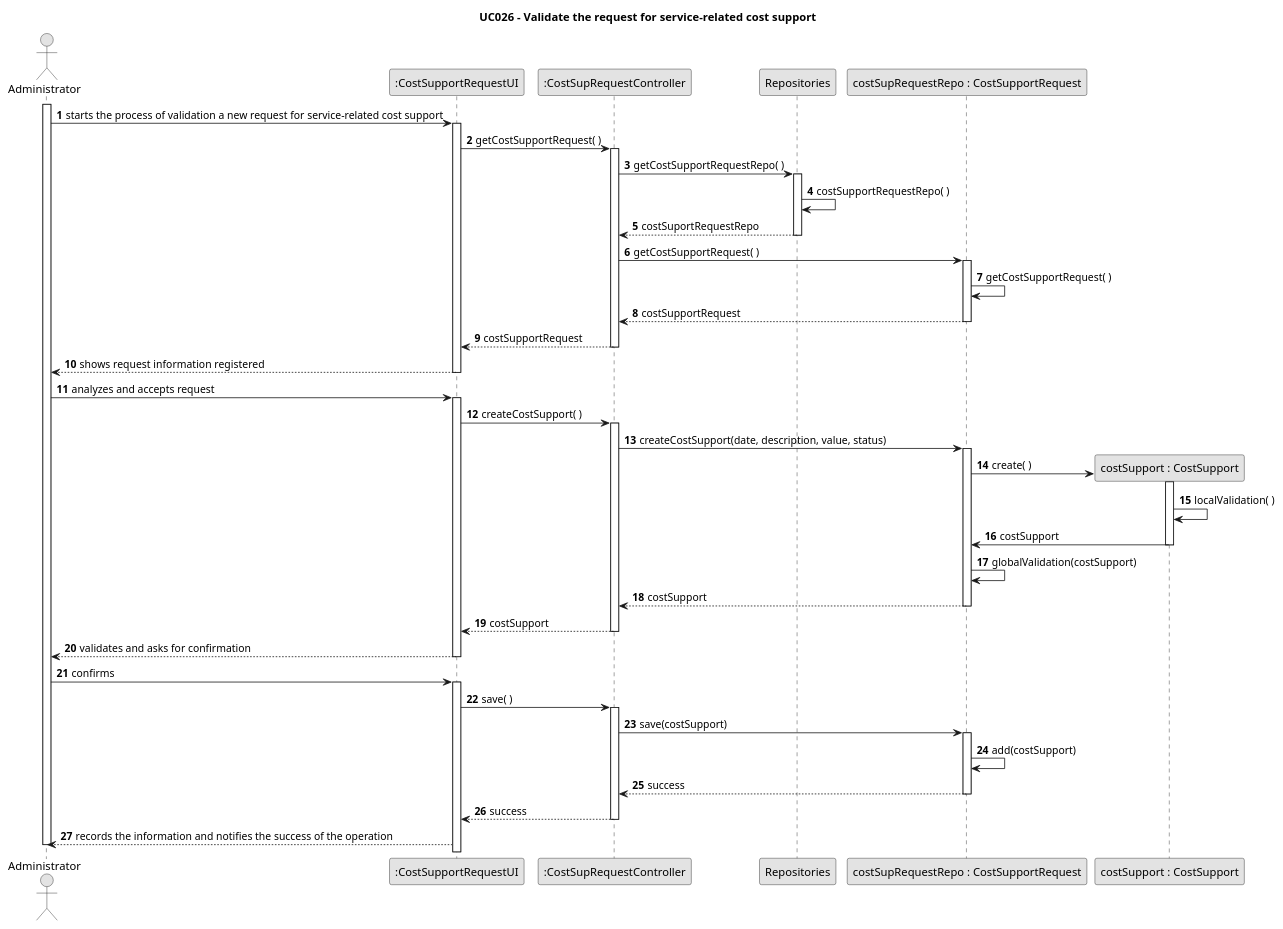
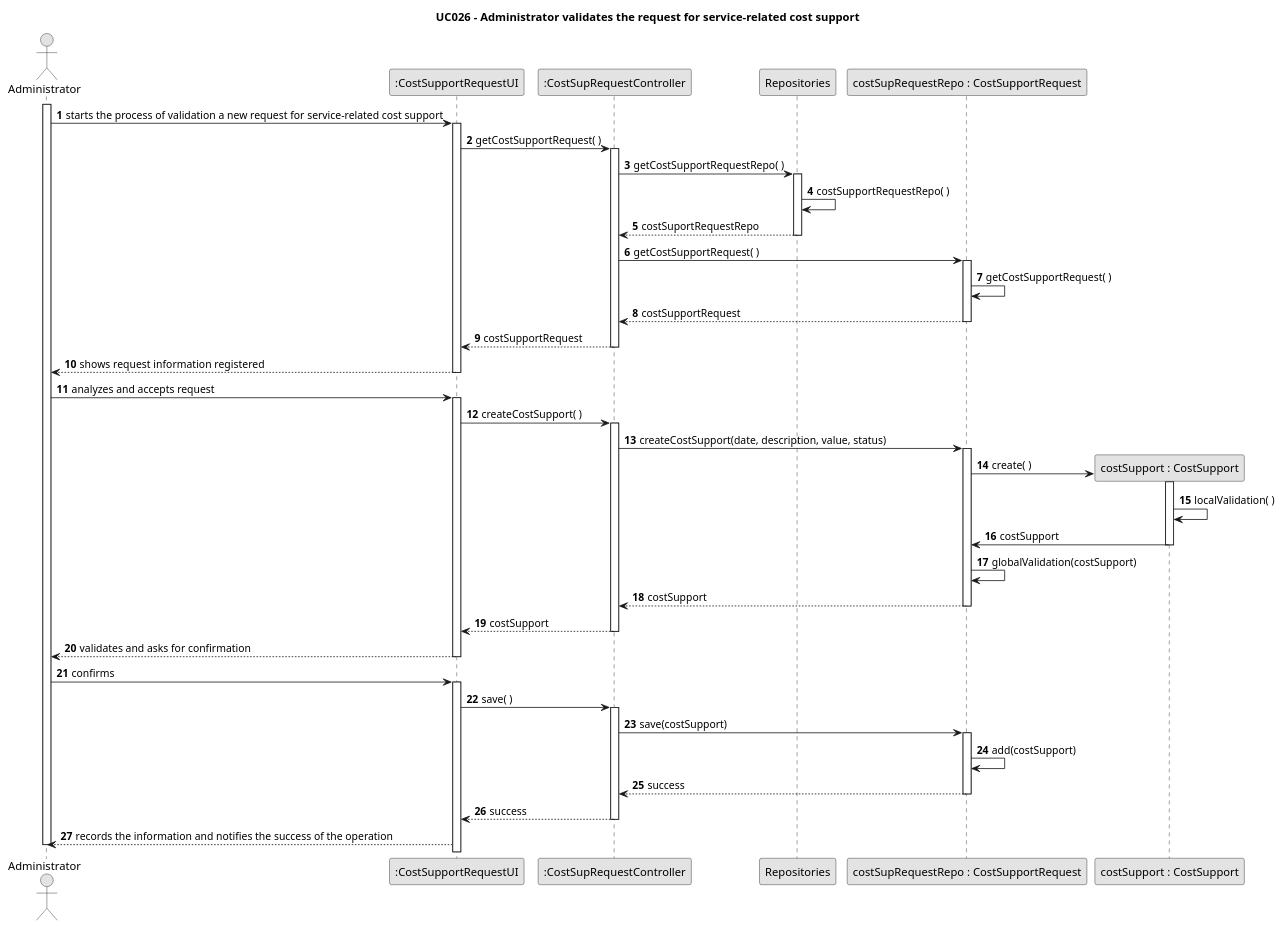
Before and after one commit to tbarracha/Upskill-Sprint-2-Gladly-Given: the diagram in javaSprint2GladlyGiven/Docs/UseCases/uc026/design/uc026-DesignDiagram.puml, drawn with PlantUML. The commit also changed 30 other files, not shown here.

```diff
--- a/javaSprint2GladlyGiven/Docs/UseCases/uc026/design/uc026-DesignDiagram.puml
+++ b/javaSprint2GladlyGiven/Docs/UseCases/uc026/design/uc026-DesignDiagram.puml
@@ -1,68 +1,68 @@
 @startuml
 skinparam monochrome true
 skinparam packageStyle rectangle
 skinparam shadowing false
 
-title UC026 - Validate the request for service-related cost support
+title UC026 - Administrator validates the request for service-related cost support
 
 autonumber
 
 actor Administrator as admin
 participant ":CostSupportRequestUI" as ui
 participant ":CostSupRequestController" as ctrl
 participant Repositories as repo
 participant "costSupRequestRepo : CostSupportRequest" as costRepo
 participant "costSupport : CostSupport" as costSupport
 
 activate admin
     admin -> ui : starts the process of validation a new request for service-related cost support
     activate ui
         ui -> ctrl : getCostSupportRequest( )
         activate ctrl
             ctrl -> repo : getCostSupportRequestRepo( )
             activate repo
                 repo -> repo : costSupportRequestRepo( )
                 repo --> ctrl : costSuportRequestRepo
             deactivate repo
             ctrl -> costRepo : getCostSupportRequest( )
             activate costRepo
                 costRepo -> costRepo : getCostSupportRequest( )
                 costRepo --> ctrl : costSupportRequest
             deactivate costRepo
             ctrl --> ui : costSupportRequest
         deactivate ctrl
         ui --> admin : shows request information registered
     deactivate ui
     admin -> ui : analyzes and accepts request
     activate ui
         ui -> ctrl : createCostSupport( )
         activate ctrl
             ctrl -> costRepo : createCostSupport(date, description, value, status)
             activate costRepo
                 costRepo -> costSupport** : create( )
                 activate costSupport
                     costSupport -> costSupport : localValidation( )
                     costSupport -> costRepo : costSupport
                 deactivate costSupport
                 costRepo -> costRepo : globalValidation(costSupport)
                 costRepo --> ctrl : costSupport
             deactivate costRepo
             ctrl --> ui : costSupport
         deactivate ctrl
         ui --> admin : validates and asks for confirmation
     deactivate ui
     admin -> ui : confirms
     activate ui
         ui -> ctrl : save( )
         activate ctrl
             ctrl -> costRepo : save(costSupport)
             activate costRepo
                 costRepo -> costRepo : add(costSupport)
                 costRepo --> ctrl : success
             deactivate costRepo
             ctrl --> ui : success
         deactivate ctrl
         ui --> admin : records the information and notifies the success of the operation
 deactivate admin
 
 @enduml
```
